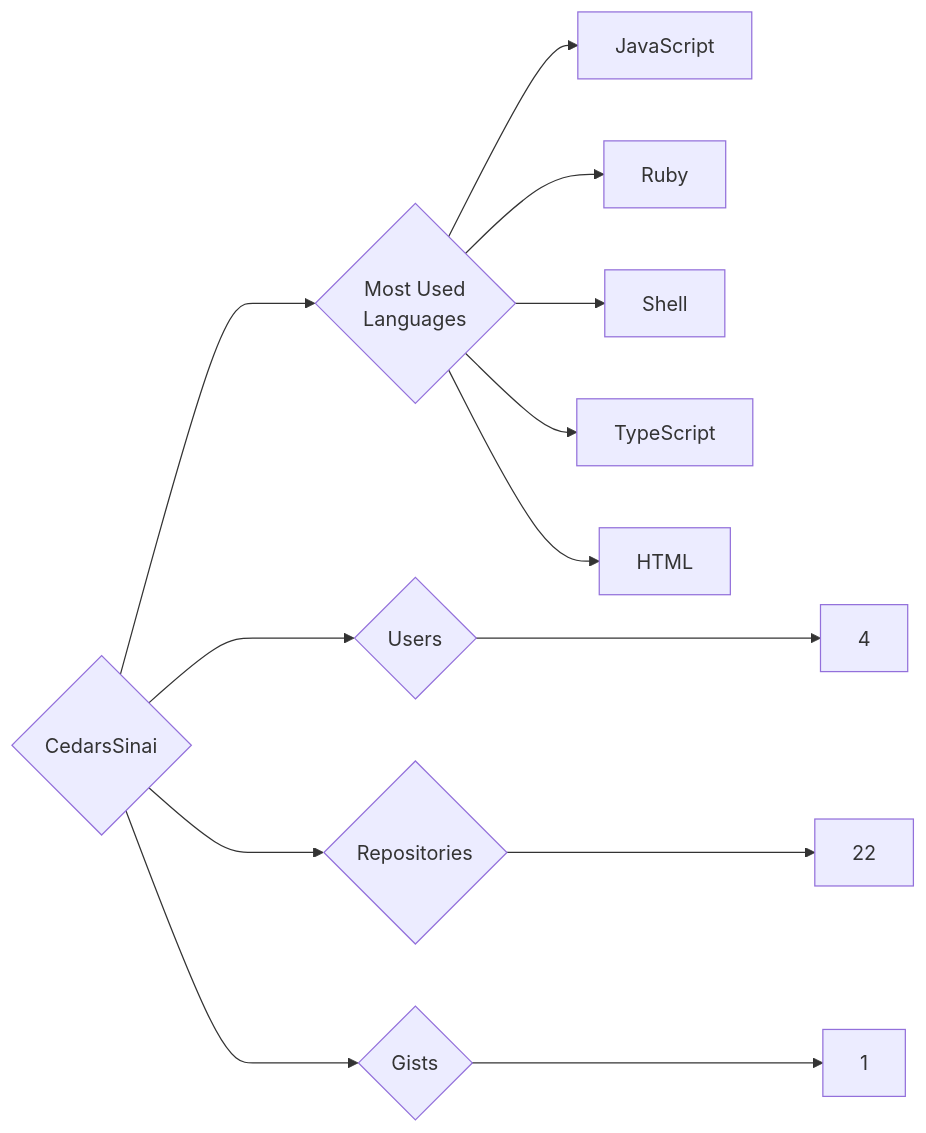
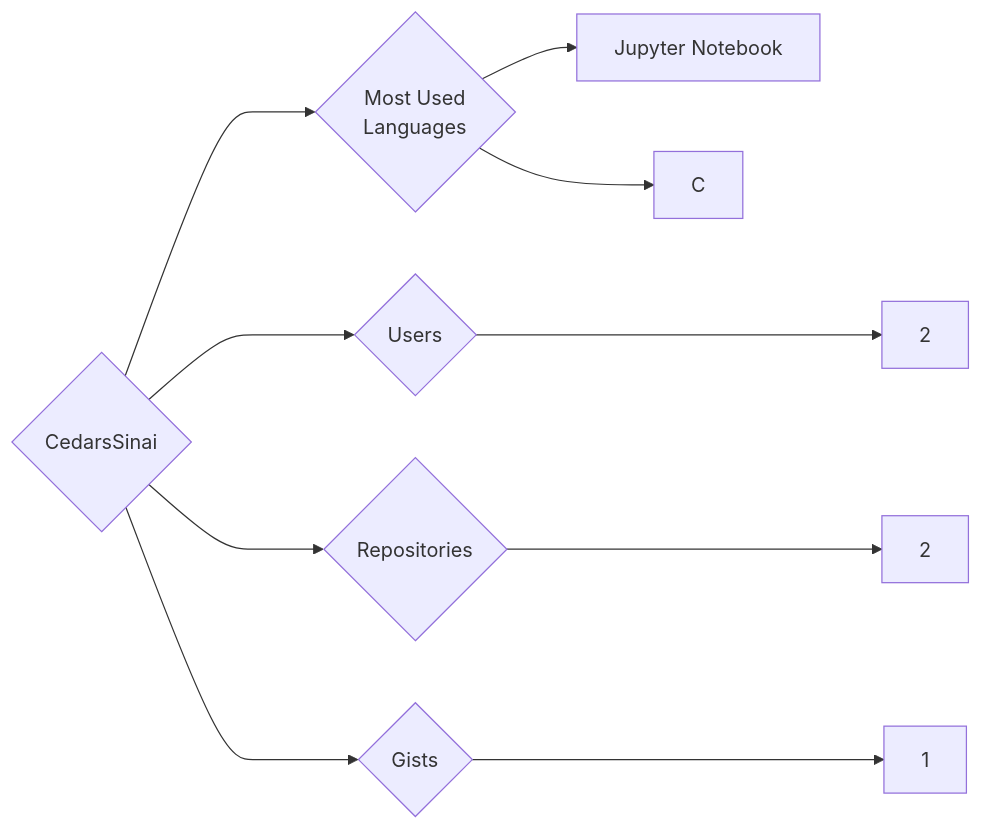
Before and after one commit to trickest/insiders: the diagram in targets/CedarsSinai/README.md, drawn with Mermaid. The commit also changed 880 other files, not shown here.

````diff
--- a/targets/CedarsSinai/README.md
+++ b/targets/CedarsSinai/README.md
@@ -3,13 +3,10 @@
 ```mermaid
 graph LR
 COMPANY_NAME{CedarsSinai}
-COMPANY_NAME ---> U{Users} ---> UN[4]
-COMPANY_NAME ---> R{Repositories} ---> RN[22]
+COMPANY_NAME ---> U{Users} ---> UN[2]
+COMPANY_NAME ---> R{Repositories} ---> RN[2]
 COMPANY_NAME ---> G{Gists} ---> GN[1]
 COMPANY_NAME ---> ML{Most Used<br>Languages}
-ML --> JavaScript[JavaScript]
-ML --> Ruby[Ruby]
-ML --> Shell[Shell]
-ML --> TypeScript[TypeScript]
-ML --> HTML[HTML]
+ML --> Jupyter_Notebook[Jupyter Notebook]
+ML --> C[C]
 ```
````
